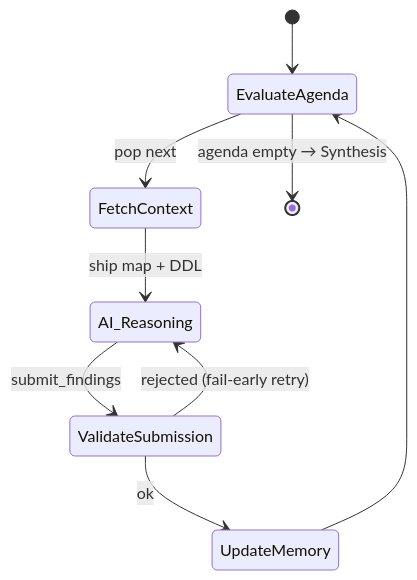
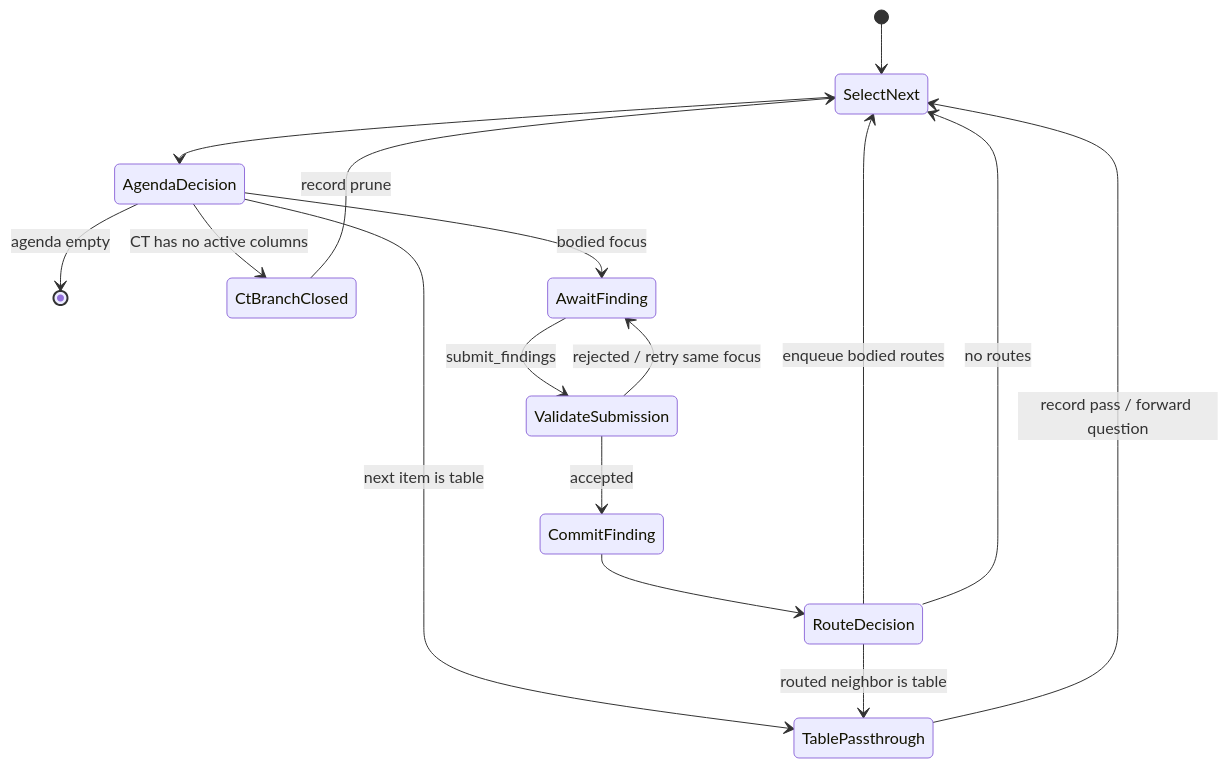
One commit to ChrisDevRepo/vscode_data_lineage changed the seventh of 7 diagrams in docs/ARCHITECTURE.md. Above: the diagram before and after it, drawn with Mermaid. The commit also changed other lines of this file and 27 other files, not shown here.

````diff
--- a/docs/ARCHITECTURE.md
+++ b/docs/ARCHITECTURE.md
@@ -373,11 +382,24 @@
 ```mermaid
 stateDiagram-v2
-    [*] --> EvaluateAgenda
-    EvaluateAgenda --> FetchContext: pop next
-    FetchContext --> AI_Reasoning: ship map + DDL
-    AI_Reasoning --> ValidateSubmission: submit_findings
-    ValidateSubmission --> UpdateMemory: ok
-    ValidateSubmission --> AI_Reasoning: rejected (fail-early retry)
-    UpdateMemory --> EvaluateAgenda
-    EvaluateAgenda --> [*]: agenda empty → Synthesis
+    [*] --> SelectNext
+    SelectNext --> AgendaDecision
+
+    state AgendaDecision <<choice>>
+    AgendaDecision --> [*]: agenda empty
+    AgendaDecision --> TablePassthrough: next item is table
+    AgendaDecision --> CtBranchClosed: CT has no active columns
+    AgendaDecision --> AwaitFinding: bodied focus
+
+    TablePassthrough --> SelectNext: record pass / forward question
+    CtBranchClosed --> SelectNext: record prune
+
+    AwaitFinding --> ValidateSubmission: submit_findings
+    ValidateSubmission --> AwaitFinding: rejected / retry same focus
+    ValidateSubmission --> CommitFinding: accepted
+
+    CommitFinding --> RouteDecision
+    state RouteDecision <<choice>>
+    RouteDecision --> TablePassthrough: routed neighbor is table
+    RouteDecision --> SelectNext: enqueue bodied routes
+    RouteDecision --> SelectNext: no routes
 ```
````
